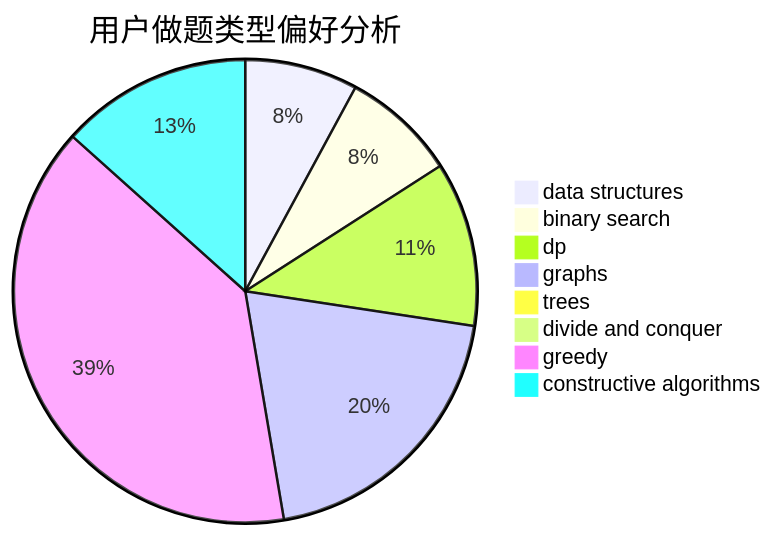
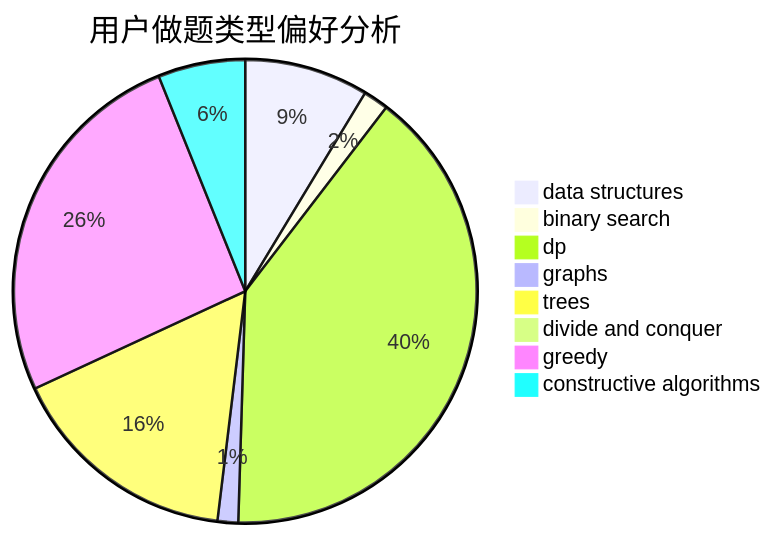
One commit to sherpahu/cfrs.github.io changed the second of 3 diagrams in docs/user/u1624.md. Above: the diagram before and after it, drawn with Mermaid. The commit also changed other lines of this file and 2770 other files, not shown here.

````diff
--- a/docs/user/u1624.md
+++ b/docs/user/u1624.md
@@ -23,11 +23,11 @@
 ```mermaid
 pie title 用户做题类型偏好分析
-    "data structures" :  59
-    "binary search" :  60
-    "dp" :  86
-    "graphs" :  149
-    "trees" :  3
-    "divide and conquer" :  0
-    "greedy" :  294
-    "constructive algorithms" :  100
+    "data structures" :  54
+    "binary search" :  11
+    "dp" :  250
+    "graphs" :  9
+    "trees" :  101
+    "divide and conquer" :  2
+    "greedy" :  161
+    "constructive algorithms" :  38
 ```
````
